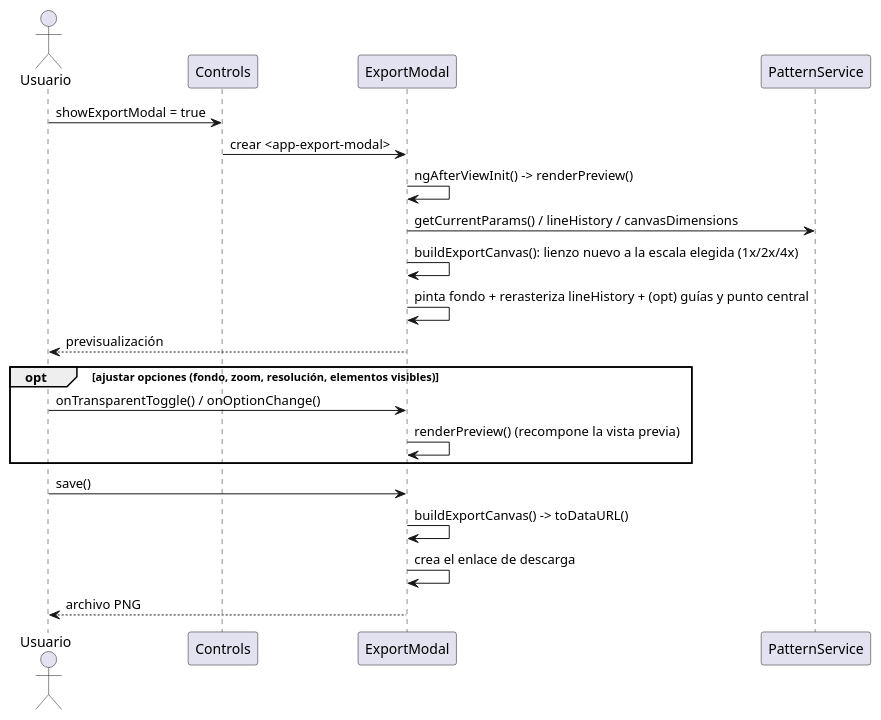
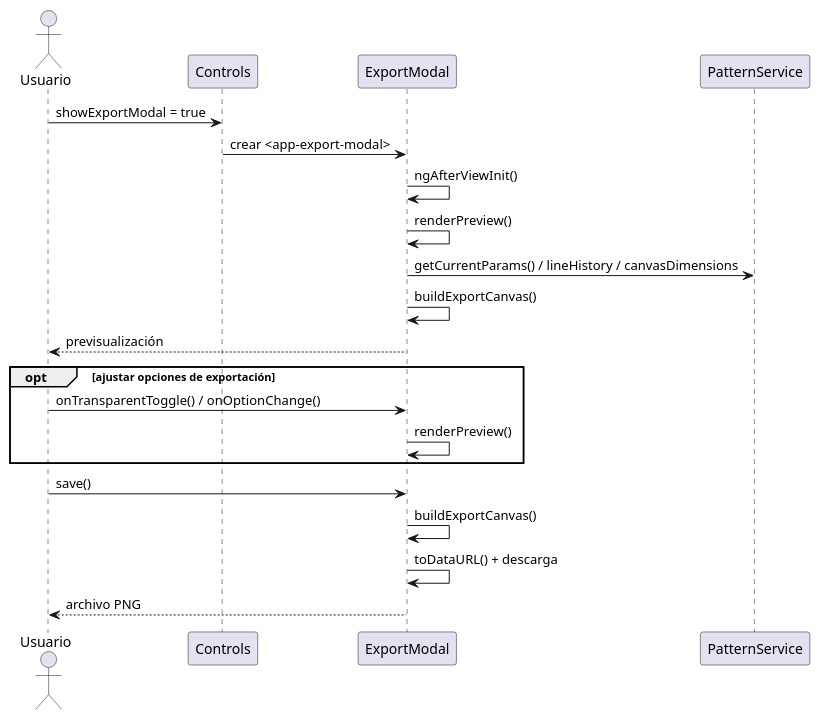
The third of 4 diagrams in claude/memoria-cap5-diseno.md (IgnacioMol/Epicycloid_generator), drawn with PlantUML before and after one commit. The commit also changed other lines of this file and 1 other file, not shown here.

````diff
--- a/claude/memoria-cap5-diseno.md
+++ b/claude/memoria-cap5-diseno.md
@@ -168,26 +168,26 @@
 ```plantuml
-@startuml SecExportarImagen
+@startuml SecExportarImagenDiseno
 actor Usuario
 participant "Controls" as C
 participant "ExportModal" as EM
 participant "PatternService" as PS
 
 Usuario -> C : showExportModal = true
 C -> EM : crear <app-export-modal>
-EM -> EM : ngAfterViewInit() -> renderPreview()
+EM -> EM : ngAfterViewInit()
+EM -> EM : renderPreview()
 EM -> PS : getCurrentParams() / lineHistory / canvasDimensions
-EM -> EM : buildExportCanvas(): lienzo nuevo a la escala elegida (1x/2x/4x)
-EM -> EM : pinta fondo + rerasteriza lineHistory + (opt) guías y punto central
+EM -> EM : buildExportCanvas()
 EM --> Usuario : previsualización
 
-opt ajustar opciones (fondo, zoom, resolución, elementos visibles)
+opt ajustar opciones de exportación
   Usuario -> EM : onTransparentToggle() / onOptionChange()
-  EM -> EM : renderPreview() (recompone la vista previa)
+  EM -> EM : renderPreview()
 end
 
 Usuario -> EM : save()
-EM -> EM : buildExportCanvas() -> toDataURL()
-EM -> EM : crea el enlace de descarga
+EM -> EM : buildExportCanvas()
+EM -> EM : toDataURL() + descarga
 EM --> Usuario : archivo PNG
 @enduml
 ```
````
